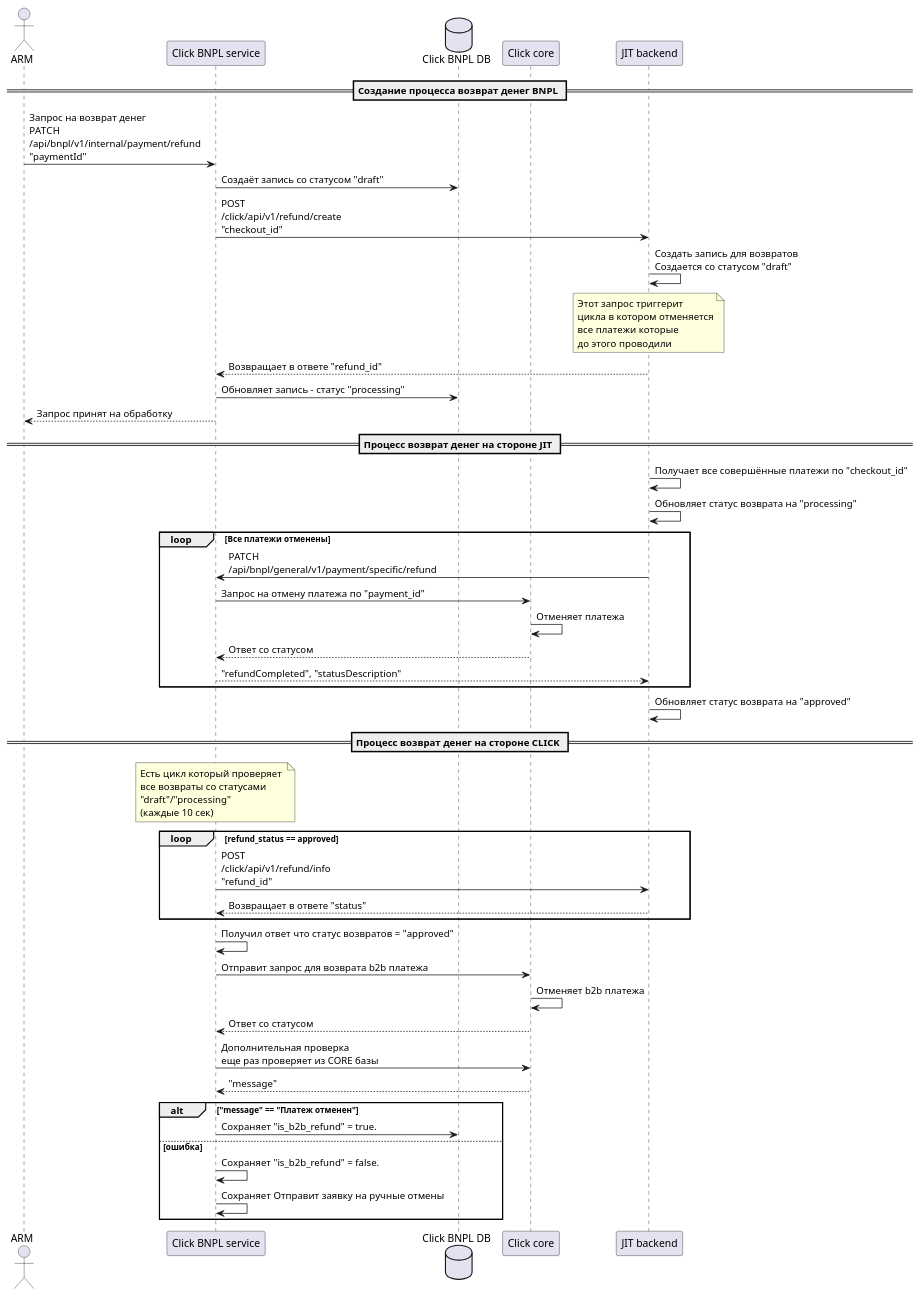
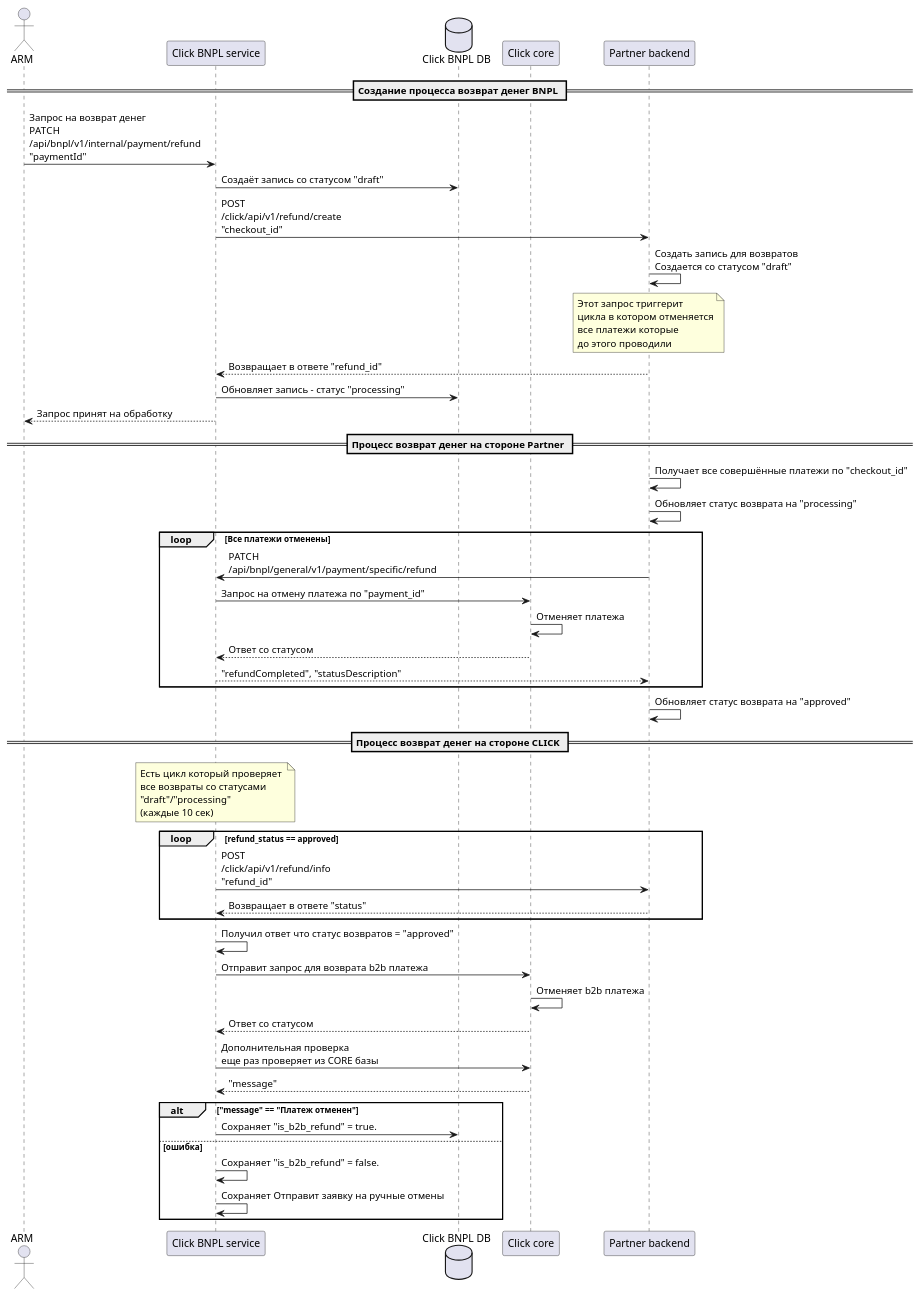
Before and after one commit to click-llc/jit-partner-api-specification: the diagram in refund-payment-sequence-diagram.wsd, drawn with PlantUML. The commit also changed 4 other files, not shown here.

First line of the commit message:
Refactor: Replace JIT references with Partner terminology

```diff
--- a/refund-payment-sequence-diagram.wsd
+++ b/refund-payment-sequence-diagram.wsd
@@ -1,64 +1,64 @@
 @startuml
 
 actor ARM
 participant "Click BNPL service" as CBNPL
 database "Click BNPL DB" as CBNPLDB
 participant "Click core" as cc
-participant "JIT backend" as jitBack
+participant "Partner backend" as partnerBack
 
 == Создание процеccа возврат денег BNPL ==
 
 ARM -> CBNPL: Запрос на возврат денег \nPATCH \n/api/bnpl/v1/internal/payment/refund \n"paymentId"
 CBNPL -> CBNPLDB: Создаёт запись со статусом "draft"
-CBNPL -> jitBack: POST \n/click/api/v1/refund/create \n"checkout_id"
-jitBack -> jitBack: Создать запись для возвратов \nСоздается со статусом "draft"
-/note over jitBack
+CBNPL -> partnerBack: POST \n/click/api/v1/refund/create \n"checkout_id"
+partnerBack -> partnerBack: Создать запись для возвратов \nСоздается со статусом "draft"
+/note over partnerBack
 Этот запрос триггерит 
 цикла в котором отменяется
 все платежи которые 
 до этого проводили
 end note
-jitBack --> CBNPL: Возвращает в ответе "refund_id"
+partnerBack --> CBNPL: Возвращает в ответе "refund_id"
 CBNPL -> CBNPLDB: Обновляет запись - статус "processing"
 CBNPL --> ARM: Запрос принят на обработку
 
 
-== Процеcc возврат денег на стороне JIT ==
+== Процеcc возврат денег на стороне Partner ==
 
-jitBack -> jitBack: Получает все совершённые платежи по "checkout_id"
-jitBack -> jitBack: Обновляет статус возврата на "processing"
+partnerBack -> partnerBack: Получает все совершённые платежи по "checkout_id"
+partnerBack -> partnerBack: Обновляет статус возврата на "processing"
 loop Все платежи отменены
-jitBack -> CBNPL: PATCH \n/api/bnpl/general/v1/payment/specific/refund
+partnerBack -> CBNPL: PATCH \n/api/bnpl/general/v1/payment/specific/refund
 CBNPL -> cc: Запрос на отмену платежа по "payment_id"
 cc -> cc: Отменяет платежа
 cc --> CBNPL: Ответ со статусом
-CBNPL --> jitBack: "refundCompleted", "statusDescription"
+CBNPL --> partnerBack: "refundCompleted", "statusDescription"
 end
-jitBack -> jitBack: Обновляет статус возврата на "approved"
+partnerBack -> partnerBack: Обновляет статус возврата на "approved"
 
 == Процеcc возврат денег на стороне CLICK ==
 
 /note over CBNPL
 Есть цикл который проверяет 
 все возвраты со статусами
 "draft"/"processing"
 (каждые 10 сек)
 end note
 loop refund_status == approved
-CBNPL -> jitBack: POST \n/click/api/v1/refund/info \n"refund_id"
-jitBack --> CBNPL: Возвращает в ответе "status"
+CBNPL -> partnerBack: POST \n/click/api/v1/refund/info \n"refund_id"
+partnerBack --> CBNPL: Возвращает в ответе "status"
 
 end
 CBNPL -> CBNPL: Получил ответ что статус возвратов = "approved"
 CBNPL -> cc: Отправит запрос для возврата b2b платежа
 cc -> cc: Отменяет b2b платежа
 cc --> CBNPL: Ответ со статусом
 CBNPL -> cc: Дополнительная проверка \nеще раз проверяет из CORE базы
 cc --> CBNPL: "message"
 alt "message" == "Платеж отменен"
 CBNPL -> CBNPLDB: Сохраняет "is_b2b_refund" = true.
 else ошибка
 CBNPL -> CBNPL: Сохраняет "is_b2b_refund" = false.
 CBNPL -> CBNPL: Сохраняет Отправит заявку на ручные отмены
 end
 @enduml
```
